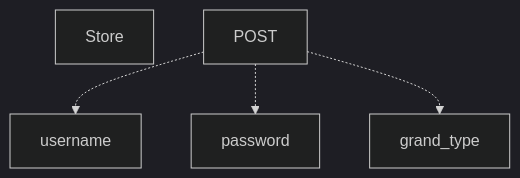
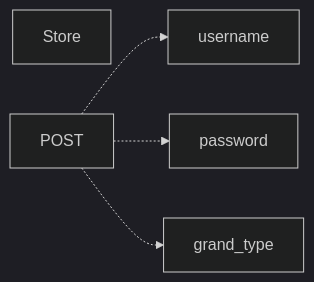
Before and after one commit to gordianknotC/nxp_note: the tenth of 11 diagrams in newage/astro.md, drawn with Mermaid (dark theme). The commit also changed other lines of this file, not shown here.

Commit message:
newage/astro.md updated from https://stackedit.io/

````diff
--- a/newage/astro.md
+++ b/newage/astro.md
@@ -145,8 +145,9 @@
 ```mermaid
-graph TB
+graph LR
 Store
 POST
 POST -.-> username
 POST -.-> password
 POST -.-> grand_type
+
 ```
````
